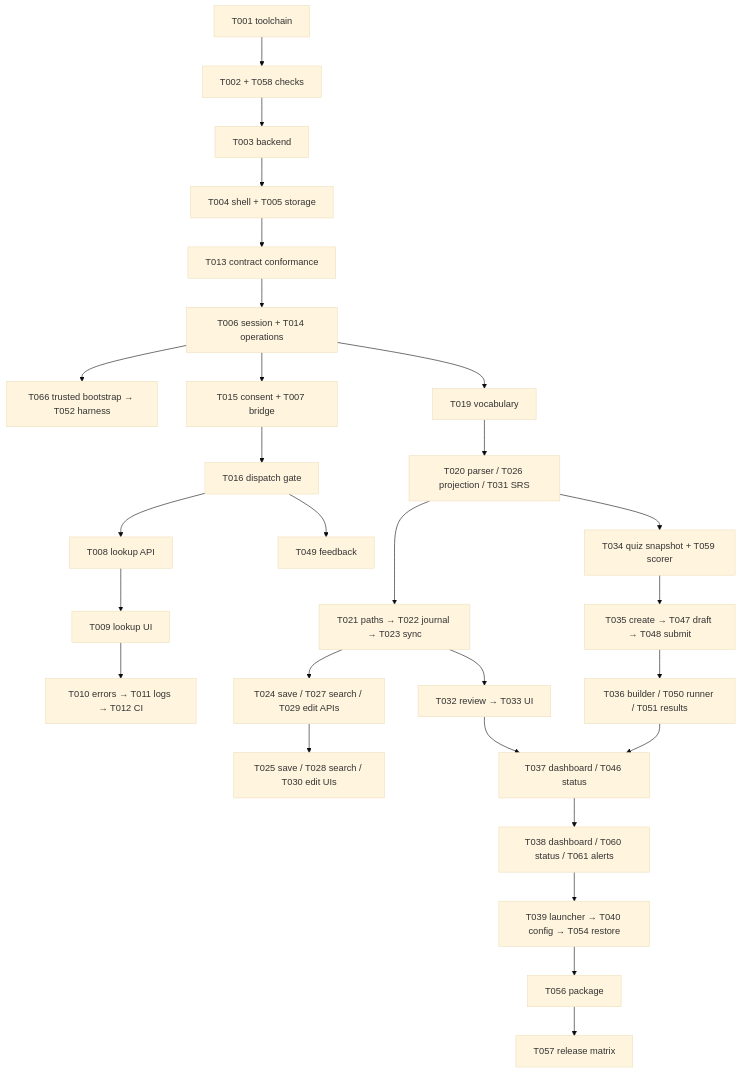
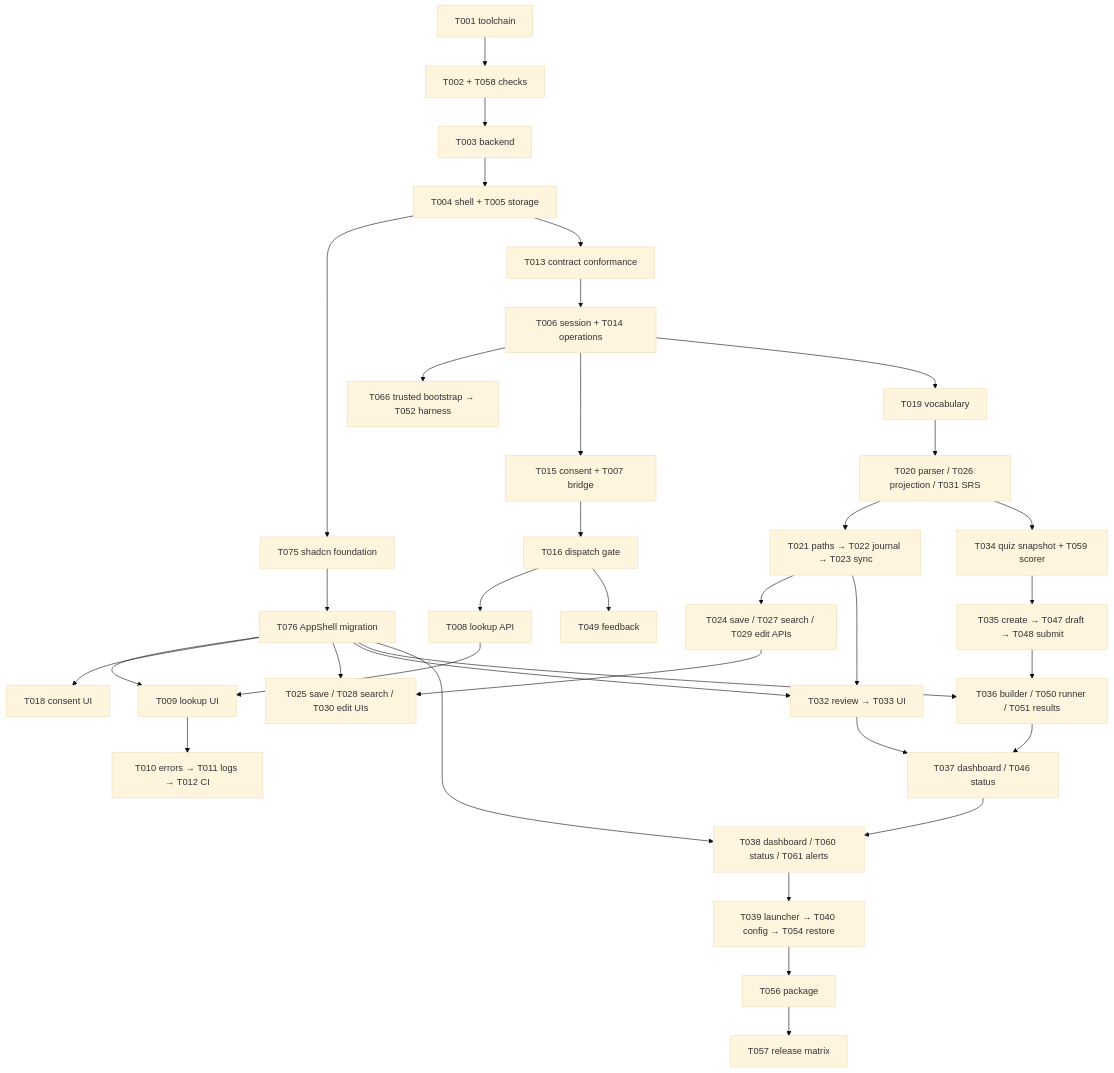
Before and after one commit to khanhpn308/english_web: the diagram in docs/task-plan.md, drawn with Mermaid (base theme). The commit also changed other lines of this file and 19 other files, not shown here.

````diff
--- a/docs/task-plan.md
+++ b/docs/task-plan.md
@@ -159,30 +162,38 @@
 ```mermaid
 flowchart TD
   A[T001 toolchain] --> B[T002 + T058 checks]
   B --> C[T003 backend]
   C --> D[T004 shell + T005 storage]
+  D --> FND[T075 shadcn foundation]
+  FND --> MIG[T076 AppShell migration]
   D --> E[T013 contract conformance]
   E --> F[T006 session + T014 operations]
   F --> BO[T066 trusted bootstrap → T052 harness]
   F --> G[T015 consent + T007 bridge]
   G --> H[T016 dispatch gate]
   H --> I[T008 lookup API]
   I --> J[T009 lookup UI]
+  MIG --> J
+  MIG --> T018_UI[T018 consent UI]
   J --> K[T010 errors → T011 logs → T012 CI]
   F --> L[T019 vocabulary]
   L --> M[T020 parser / T026 projection / T031 SRS]
   M --> N[T021 paths → T022 journal → T023 sync]
   N --> O[T024 save / T027 search / T029 edit APIs]
   O --> P[T025 save / T028 search / T030 edit UIs]
+  MIG --> P
   N --> Q[T032 review → T033 UI]
+  MIG --> Q
   M --> R[T034 quiz snapshot + T059 scorer]
   R --> S[T035 create → T047 draft → T048 submit]
   H --> T[T049 feedback]
   S --> U[T036 builder / T050 runner / T051 results]
+  MIG --> U
   Q --> V[T037 dashboard / T046 status]
   U --> V
   V --> W[T038 dashboard / T060 status / T061 alerts]
+  MIG --> W
   W --> X[T039 launcher → T040 config → T054 restore]
   X --> Y[T056 package]
   Y --> Z[T057 release matrix]
 ```
````
